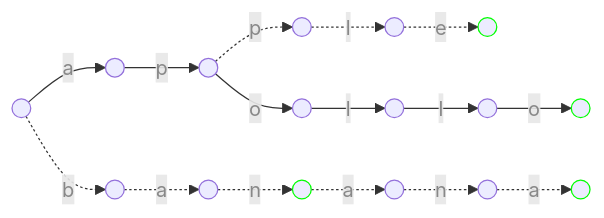
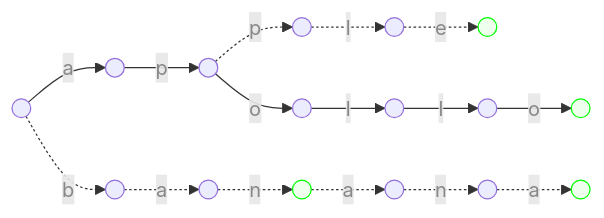
One commit to CHOYUNSIG/algorithm_with_boj changed the third of 5 diagrams in _posts/2024-01-03-trie.md. Above: the diagram before and after it, drawn with Mermaid. The commit also changed other lines of this file and 1 other file, not shown here.

```diff
--- a/_posts/2024-01-03-trie.md
+++ b/_posts/2024-01-03-trie.md
@@ -103,38 +103,38 @@
 <pre class="mermaid">
     graph LR
 
     1 -- <p style="color: #888">a</p> --> 2
     1 -. <p style="color: #888">b</p> .-> 3
     2 -- <p style="color: #888">p</p> --> 4
     4 -. <p style="color: #888">p</p> .-> 5
     5 -. <p style="color: #888">l</p> .-> 6
     6 -. <p style="color: #888">e</p> .-> 7
     4 -- <p style="color: #888">o</p> --> 8
     8 -- <p style="color: #888">l</p> --> 9
     9 -- <p style="color: #888">l</p> --> 10
     10 -- <p style="color: #888">o</p> --> 11
     3 -. <p style="color: #888">a</p> .-> 12
     12 -. <p style="color: #888">n</p> .-> 13
     13 -. <p style="color: #888">a</p> .-> 14
     14 -. <p style="color: #888">n</p> .-> 15
     15 -. <p style="color: #888">a</p> .-> 16
 
     1(( ))
     2(( ))
     3(( ))
     4(( ))
     5(( ))
     6(( ))
     7(( )):::end_flag
     8(( ))
     9(( ))
     10(( ))
     11(( )):::end_flag
     12(( ))
     13(( )):::end_flag
     14(( ))
     15(( ))
     16(( )):::end_flag
 
-    classDef end_flag stroke:#0f0
+    classDef end_flag stroke:#0f0, fill:#EFE
 </pre>
```
